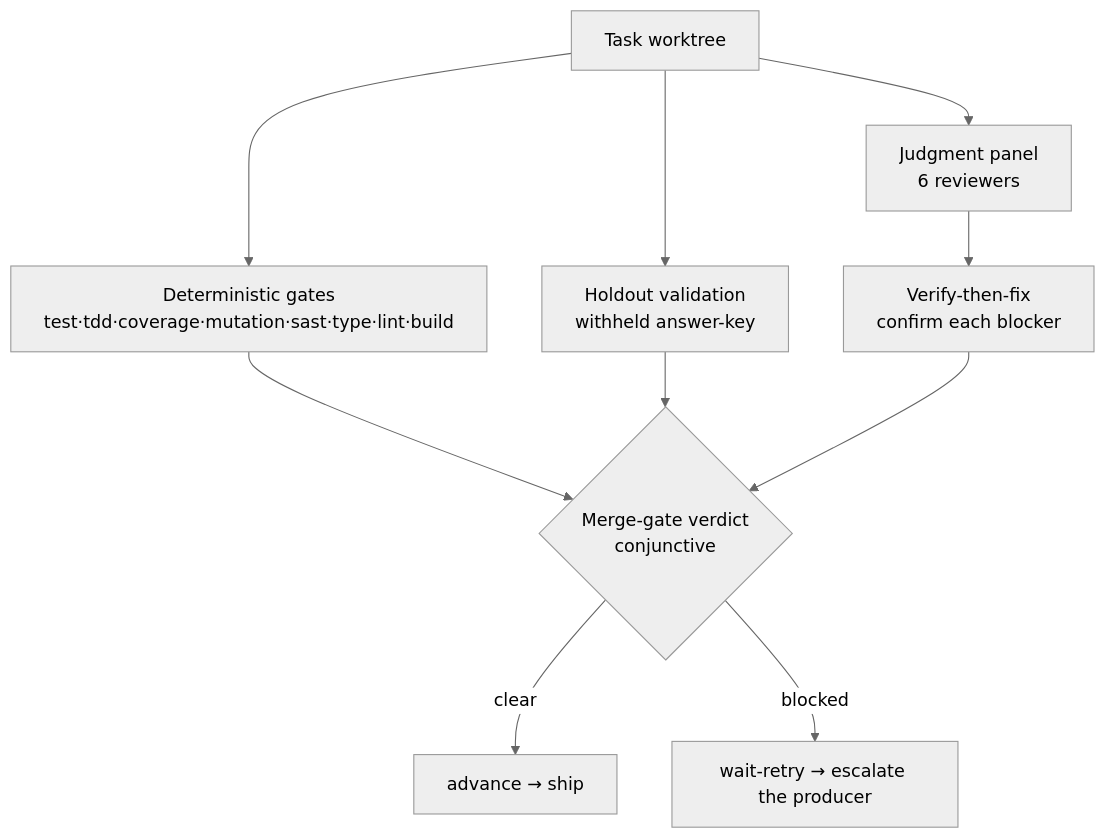
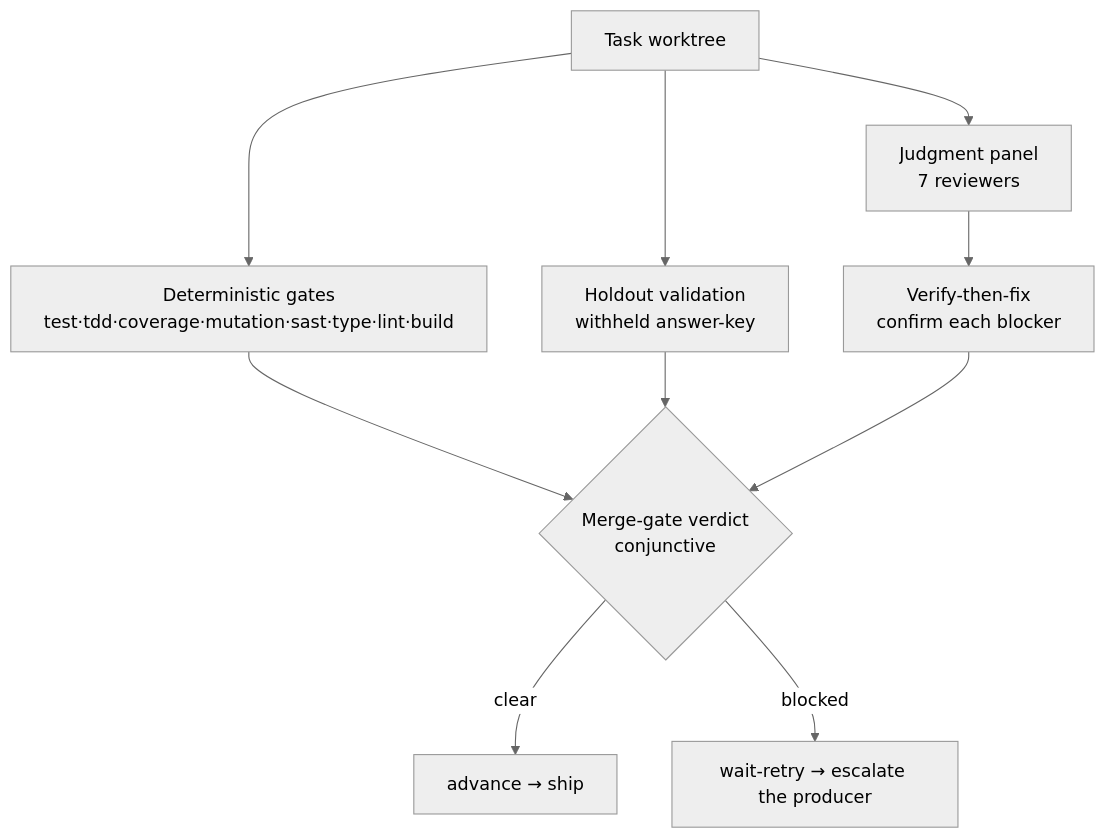
One commit to jfa94/factory changed the diagram in docs/explanation/verifier.md. Above: the diagram before and after it, drawn with Mermaid (neutral theme). The commit also changed other lines of this file and 9 other files, not shown here.

````diff
--- a/docs/explanation/verifier.md
+++ b/docs/explanation/verifier.md
@@ -11,12 +11,12 @@
 ```mermaid
 graph TD
   W[Task worktree] --> Gates[Deterministic gates<br/>test·tdd·coverage·mutation·sast·type·lint·build]
   W --> Holdout[Holdout validation<br/>withheld answer-key]
-  W --> Panel[Judgment panel<br/>6 reviewers]
+  W --> Panel[Judgment panel<br/>7 reviewers]
   Gates --> MergeGate{Merge-gate verdict<br/>conjunctive}
   Holdout --> MergeGate
   Panel --> VtF[Verify-then-fix<br/>confirm each blocker]
   VtF --> MergeGate
   MergeGate -->|clear| Ship[advance → ship]
   MergeGate -->|blocked| Ladder[wait-retry → escalate the producer]
 ```
````
